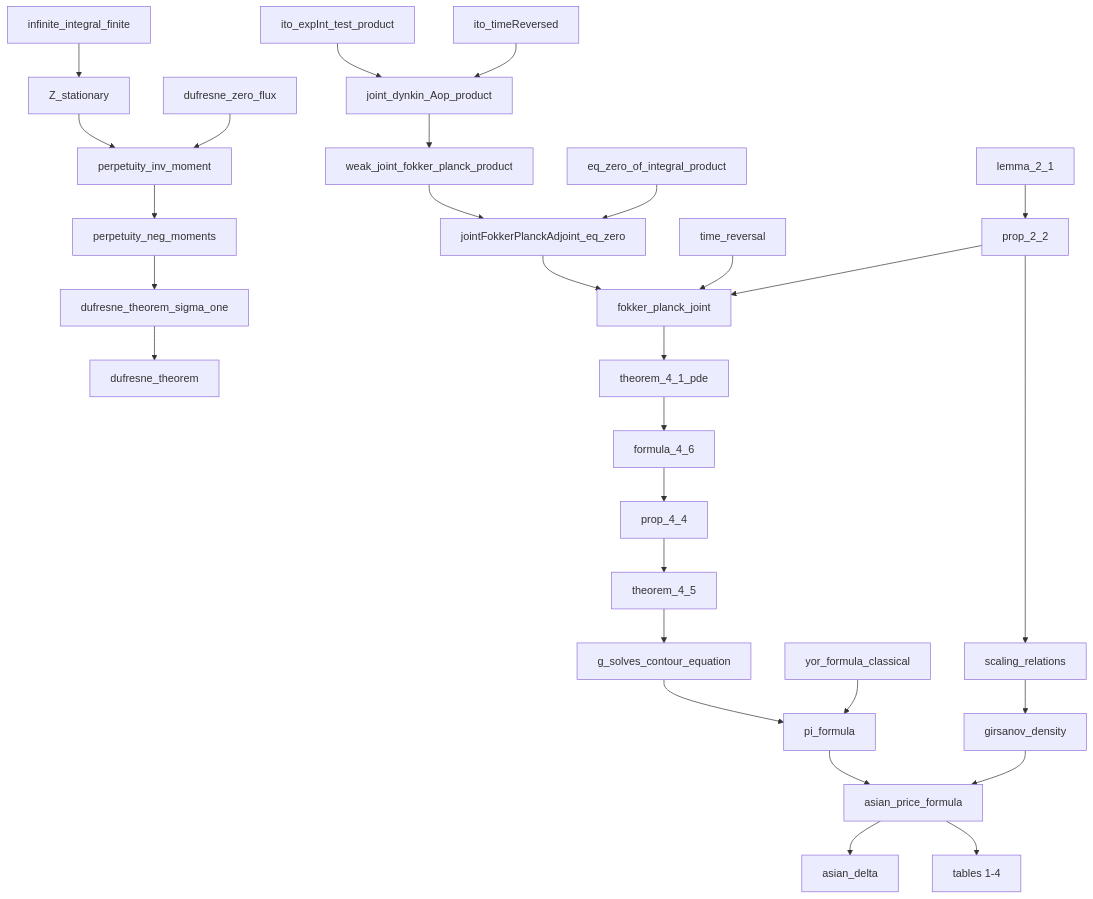
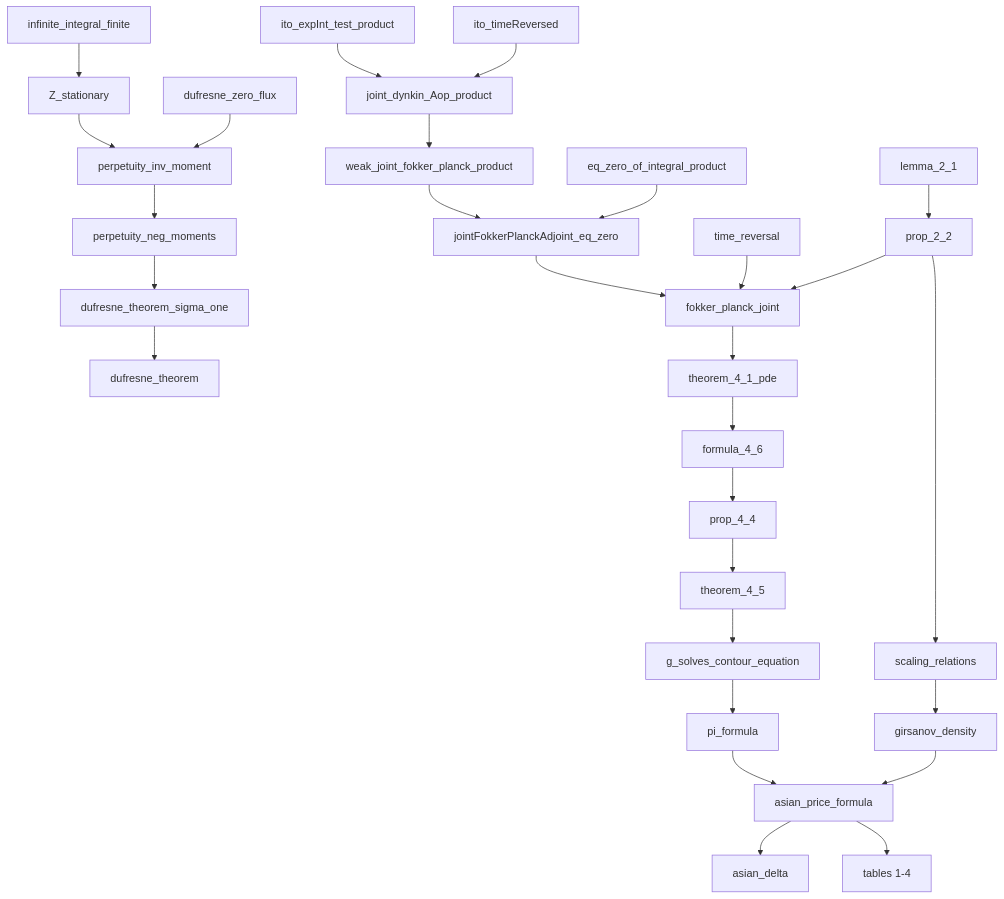
The diagram in HOLES.md (catskillsresearch/lyasoff2016), drawn with Mermaid before and after one commit. The commit also changed other lines of this file and 22 other files, not shown here.

First line of the commit message:
Prove constructive π/π/2 density IDs for p=2,3,4 without classical Yor axioms.

````diff
--- a/HOLES.md
+++ b/HOLES.md
@@ -94,31 +93,30 @@
 ```mermaid
 flowchart TD
   L2[lemma_2_1] --> P22[prop_2_2]
   P22 --> Scale[scaling_relations]
   Scale --> Gir[girsanov_density]
   Inf[infinite_integral_finite] --> Z[Z_stationary]
   Z --> Inv[perpetuity_inv_moment]
   ZF[dufresne_zero_flux] --> Inv
   Inv --> Neg[perpetuity_neg_moments]
   Neg --> D1[dufresne_theorem_sigma_one]
   D1 --> D[dufresne_theorem]
   ItoA[ito_expInt_test_product] --> Dyn[joint_dynkin_Aop_product]
   ItoB[ito_timeReversed] --> Dyn
   Dyn --> Weak[weak_joint_fokker_planck_product]
   Weak --> Adj[jointFokkerPlanckAdjoint_eq_zero]
   Fund[eq_zero_of_integral_product] --> Adj
   Adj --> FP[fokker_planck_joint]
   TR[time_reversal] --> FP
   P22 --> FP
   FP --> T41[theorem_4_1_pde]
   T41 --> F46[formula_4_6]
   F46 --> P44[prop_4_4]
   P44 --> T45[theorem_4_5]
   T45 --> G[g_solves_contour_equation]
   G --> Pi[pi_formula]
-  YorC[yor_formula_classical] --> Pi
   Pi --> Asian[asian_price_formula]
   Gir --> Asian
   Asian --> Delta[asian_delta]
   Asian --> T1[tables 1-4]
 ```
````
